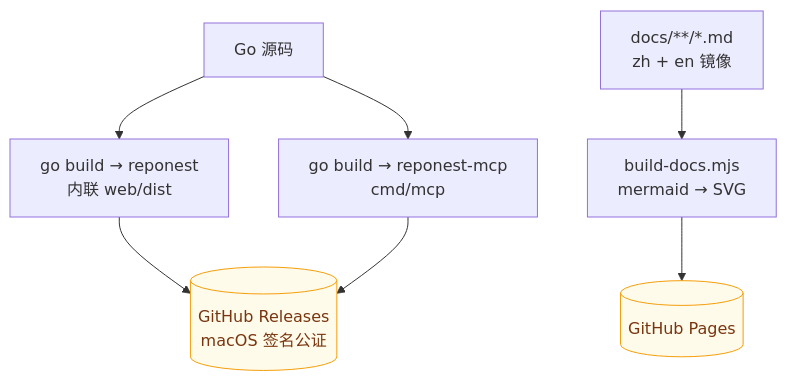
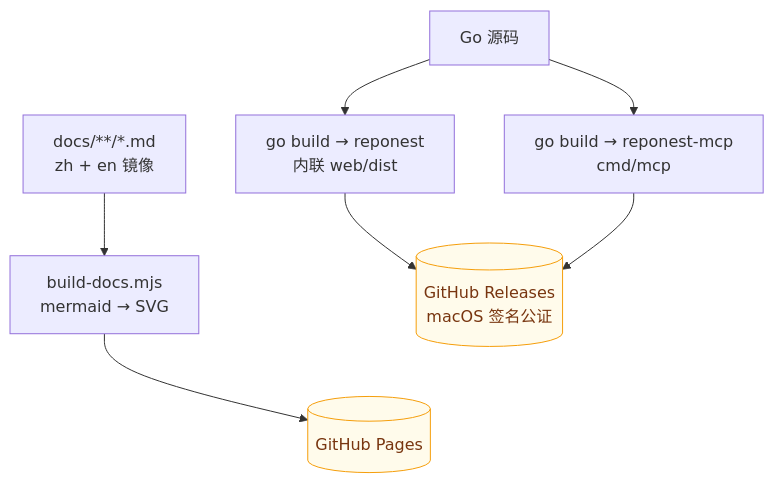
Before and after one commit to sky-jiangcheng/RepoNest: the fourth of 4 diagrams in docs/architecture.md, drawn with Mermaid. The commit also changed 4 other files, not shown here.

First line of the commit message:
docs(diagrams): dashboard 结构图补阅读顺序边 + 两张扁图治理

````diff
--- a/docs/architecture.md
+++ b/docs/architecture.md
@@ -97,11 +97,12 @@
 ```mermaid
 flowchart TB
     SRC["Go 源码"] --> B1["go build → reponest<br/>内联 web/dist"]
     SRC --> B2["go build → reponest-mcp<br/>cmd/mcp"]
     B1 --> REL[("GitHub Releases<br/>macOS 签名公证")]
     B2 --> REL
     MD["docs/**/*.md<br/>zh + en 镜像"] --> B3["build-docs.mjs<br/>mermaid → SVG"]
     B3 --> PAGES[("GitHub Pages")]
-        classDef store fill:#fffbeb,stroke:#f59e0b,color:#78350f
+    REL ~~~ PAGES
+    classDef store fill:#fffbeb,stroke:#f59e0b,color:#78350f
     class REL,PAGES store
 ```
````
